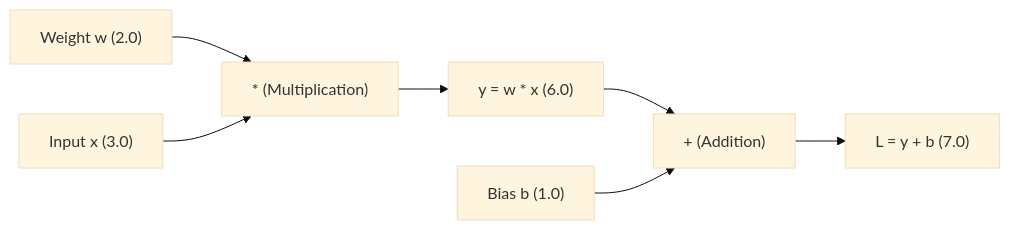
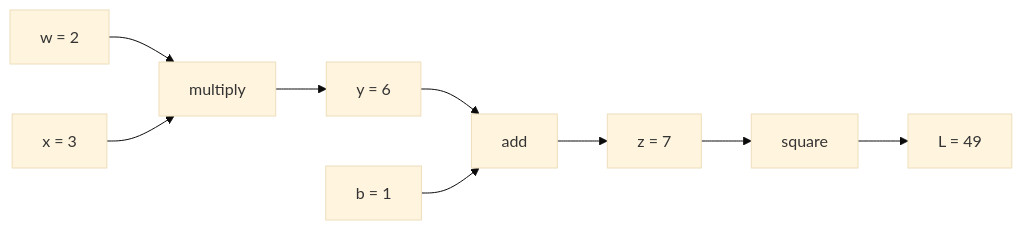
The first of 2 diagrams in docs/tech/series/math-for-ai/05.gradients-and-backprop.md (azusachino/harus-blog), drawn with Mermaid (base theme) before and after one commit. The commit also changed other lines of this file and 11 other files, not shown here.

````diff
--- a/docs/tech/series/math-for-ai/05.gradients-and-backprop.md
+++ b/docs/tech/series/math-for-ai/05.gradients-and-backprop.md
@@ -86,9 +64,11 @@
 ```mermaid
 flowchart LR
-    w["Weight w (2.0)"] --> Mul["* (Multiplication)"]
-    x["Input x (3.0)"] --> Mul
-    Mul --> NodeY["y = w * x (6.0)"]
-    NodeY --> Add["+ (Addition)"]
-    b["Bias b (1.0)"] --> Add
-    Add --> NodeLoss["L = y + b (7.0)"]
+    w["w = 2"] --> M["multiply"]
+    x["x = 3"] --> M
+    M --> y["y = 6"]
+    y --> A["add"]
+    b["b = 1"] --> A
+    A --> z["z = 7"]
+    z --> S["square"]
+    S --> L["L = 49"]
 ```
````
